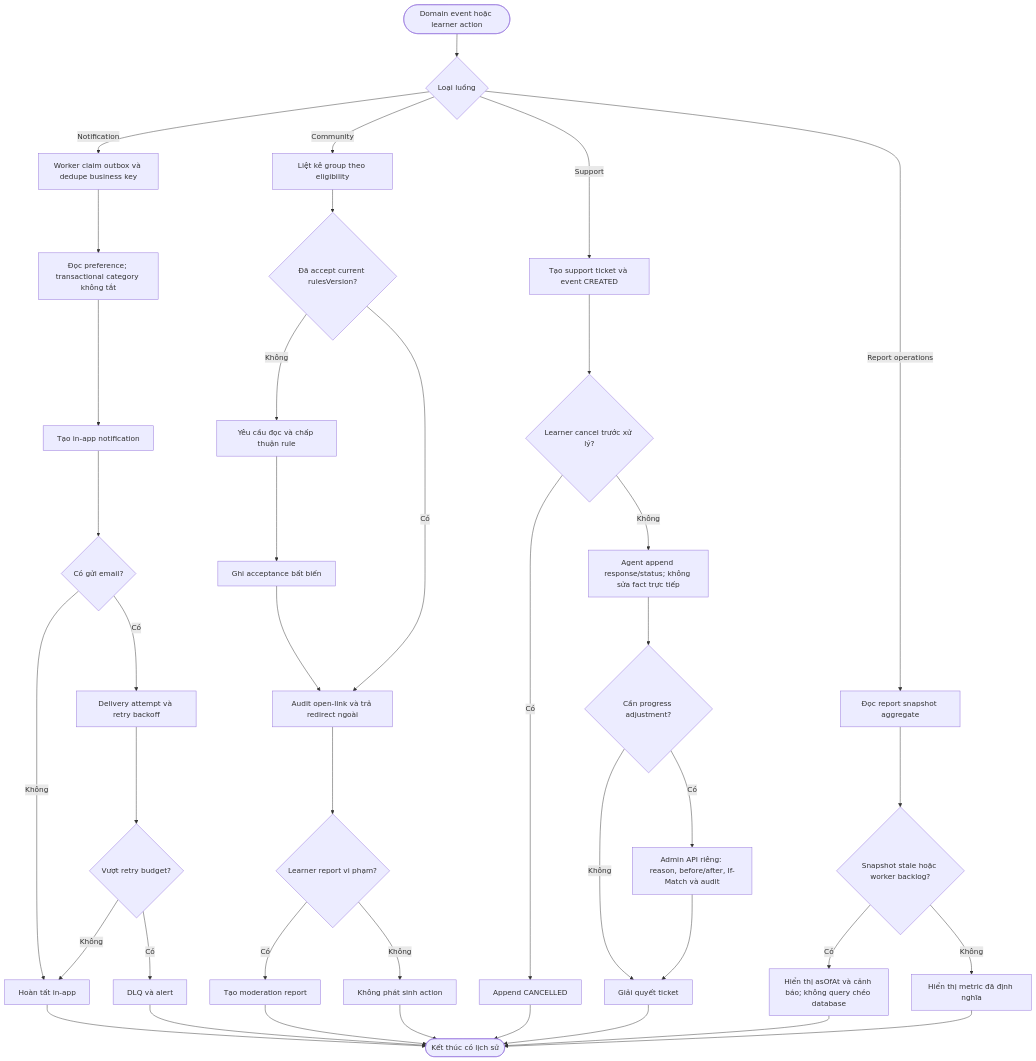
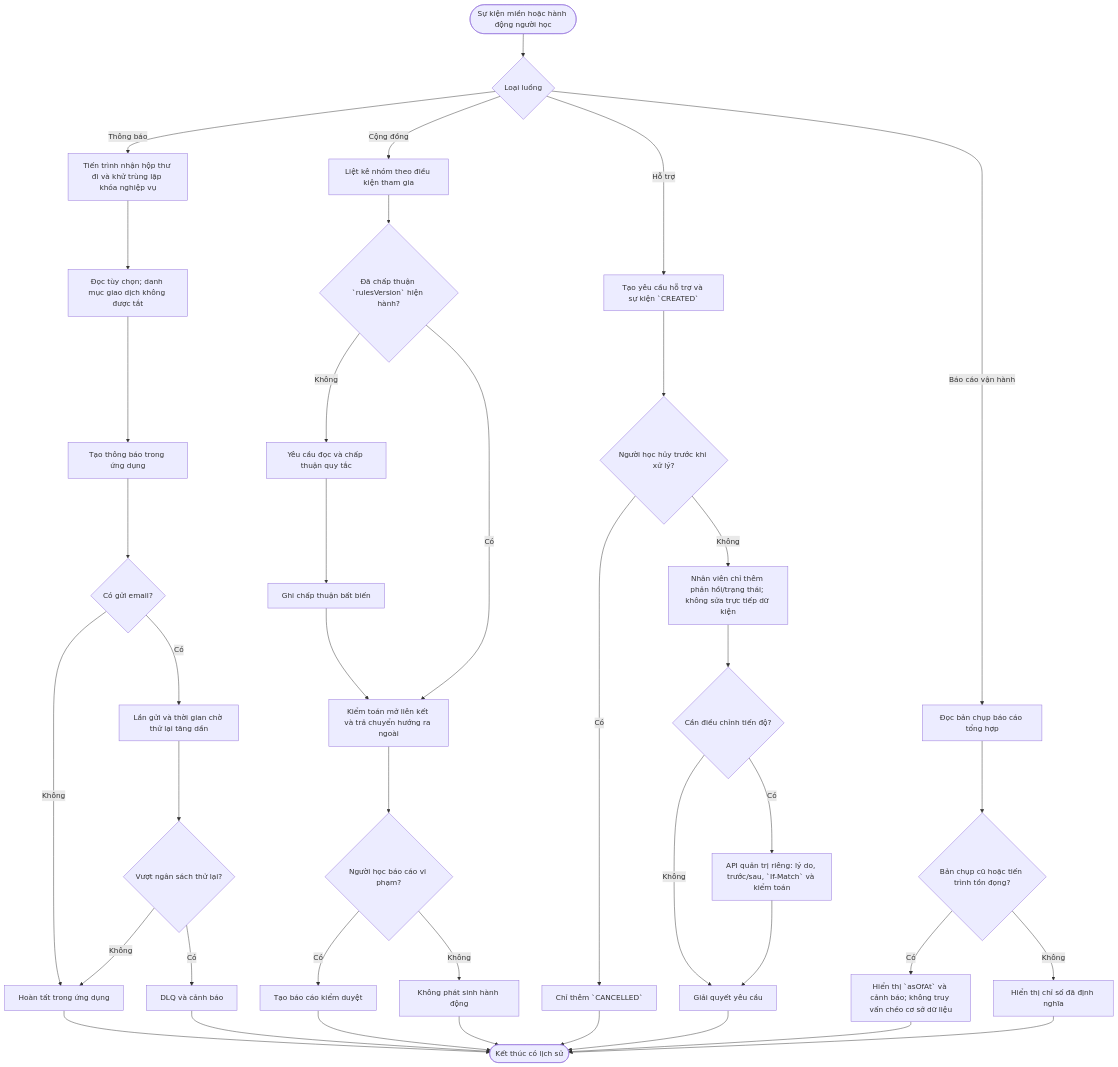
Diagram 12 of 47 in docs/BD/02_BIEU_DO_HE_THONG.md (daovanhung-dev/Study2Work), drawn with Mermaid before and after one commit. The commit also changed other lines of this file and 2295 other files, not shown here.

````diff
--- a/docs/BD/02_BIEU_DO_HE_THONG.md
+++ b/docs/BD/02_BIEU_DO_HE_THONG.md
@@ -505,42 +505,42 @@
 ```mermaid
 flowchart TD
-    A([Domain event hoặc learner action]) --> B{Loại luồng}
-    B -- Notification --> C[Worker claim outbox và dedupe business key]
-    C --> D[Đọc preference; transactional category không tắt]
-    D --> E[Tạo in-app notification]
+    A([Sự kiện miền hoặc hành động người học]) --> B{Loại luồng}
+    B -- Thông báo --> C[Tiến trình nhận hộp thư đi và khử trùng lặp khóa nghiệp vụ]
+    C --> D[Đọc tùy chọn; danh mục giao dịch không được tắt]
+    D --> E[Tạo thông báo trong ứng dụng]
     E --> F{Có gửi email?}
-    F -- Có --> G[Delivery attempt và retry backoff]
-    F -- Không --> H[Hoàn tất in-app]
-    G --> I{Vượt retry budget?}
-    I -- Có --> J[DLQ và alert]
+    F -- Có --> G[Lần gửi và thời gian chờ thử lại tăng dần]
+    F -- Không --> H[Hoàn tất trong ứng dụng]
+    G --> I{Vượt ngân sách thử lại?}
+    I -- Có --> J[DLQ và cảnh báo]
     I -- Không --> H
-    B -- Community --> K[Liệt kê group theo eligibility]
-    K --> L{Đã accept current rulesVersion?}
-    L -- Không --> M[Yêu cầu đọc và chấp thuận rule]
-    M --> N[Ghi acceptance bất biến]
-    N --> O[Audit open-link và trả redirect ngoài]
+    B -- Cộng đồng --> K[Liệt kê nhóm theo điều kiện tham gia]
+    K --> L{Đã chấp thuận `rulesVersion` hiện hành?}
+    L -- Không --> M[Yêu cầu đọc và chấp thuận quy tắc]
+    M --> N[Ghi chấp thuận bất biến]
+    N --> O[Kiểm toán mở liên kết và trả chuyển hướng ra ngoài]
     L -- Có --> O
-    O --> P{Learner report vi phạm?}
-    P -- Có --> Q[Tạo moderation report]
-    P -- Không --> R[Không phát sinh action]
-    B -- Support --> S[Tạo support ticket và event CREATED]
-    S --> T{Learner cancel trước xử lý?}
-    T -- Có --> U[Append CANCELLED]
-    T -- Không --> V[Agent append response/status; không sửa fact trực tiếp]
-    V --> W{Cần progress adjustment?}
-    W -- Có --> X[Admin API riêng: reason, before/after, If-Match và audit]
-    W -- Không --> Y[Giải quyết ticket]
+    O --> P{Người học báo cáo vi phạm?}
+    P -- Có --> Q[Tạo báo cáo kiểm duyệt]
+    P -- Không --> R[Không phát sinh hành động]
+    B -- Hỗ trợ --> S[Tạo yêu cầu hỗ trợ và sự kiện `CREATED`]
+    S --> T{Người học hủy trước khi xử lý?}
+    T -- Có --> U[Chỉ thêm `CANCELLED`]
+    T -- Không --> V[Nhân viên chỉ thêm phản hồi/trạng thái; không sửa trực tiếp dữ kiện]
+    V --> W{Cần điều chỉnh tiến độ?}
+    W -- Có --> X[API quản trị riêng: lý do, trước/sau, `If-Match` và kiểm toán]
+    W -- Không --> Y[Giải quyết yêu cầu]
     X --> Y
-    B -- Report operations --> Z[Đọc report snapshot aggregate]
-    Z --> AA{Snapshot stale hoặc worker backlog?}
-    AA -- Có --> AB[Hiển thị asOfAt và cảnh báo; không query chéo database]
-    AA -- Không --> AC[Hiển thị metric đã định nghĩa]
+    B -- Báo cáo vận hành --> Z[Đọc bản chụp báo cáo tổng hợp]
+    Z --> AA{Bản chụp cũ hoặc tiến trình tồn đọng?}
+    AA -- Có --> AB[Hiển thị `asOfAt` và cảnh báo; không truy vấn chéo cơ sở dữ liệu]
+    AA -- Không --> AC[Hiển thị chỉ số đã định nghĩa]
     H --> AD([Kết thúc có lịch sử])
     J --> AD
     Q --> AD
     R --> AD
     U --> AD
     Y --> AD
     AB --> AD
     AC --> AD
 ```
````
